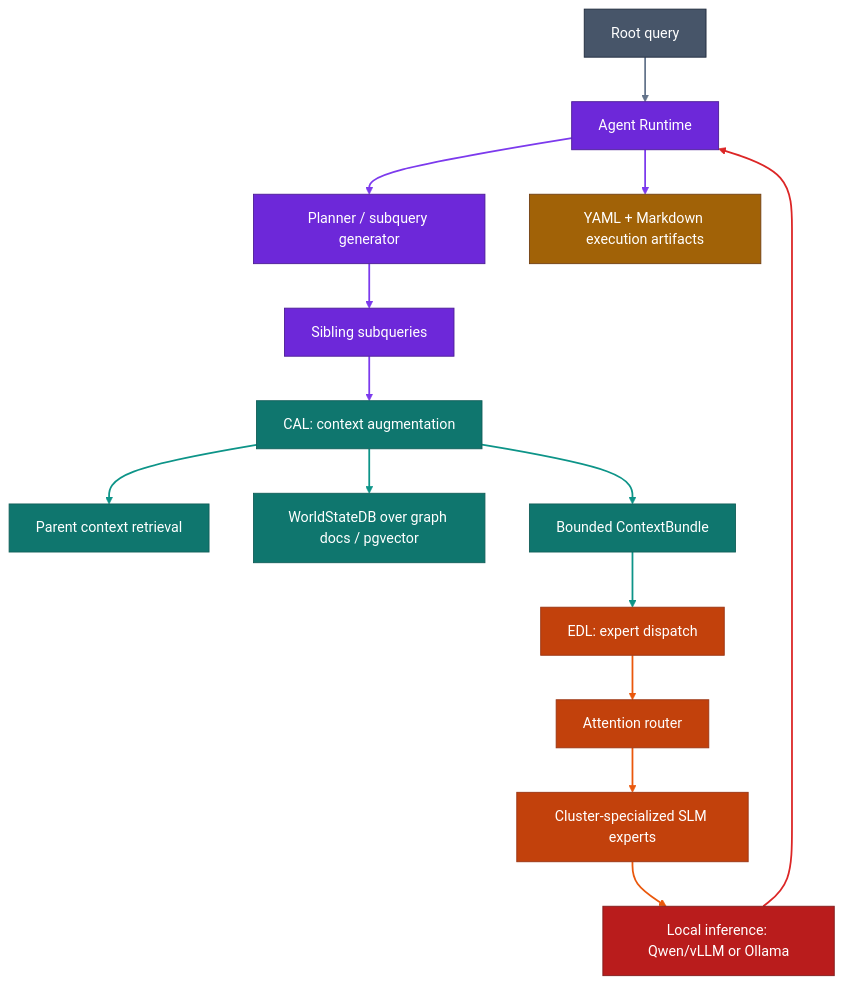
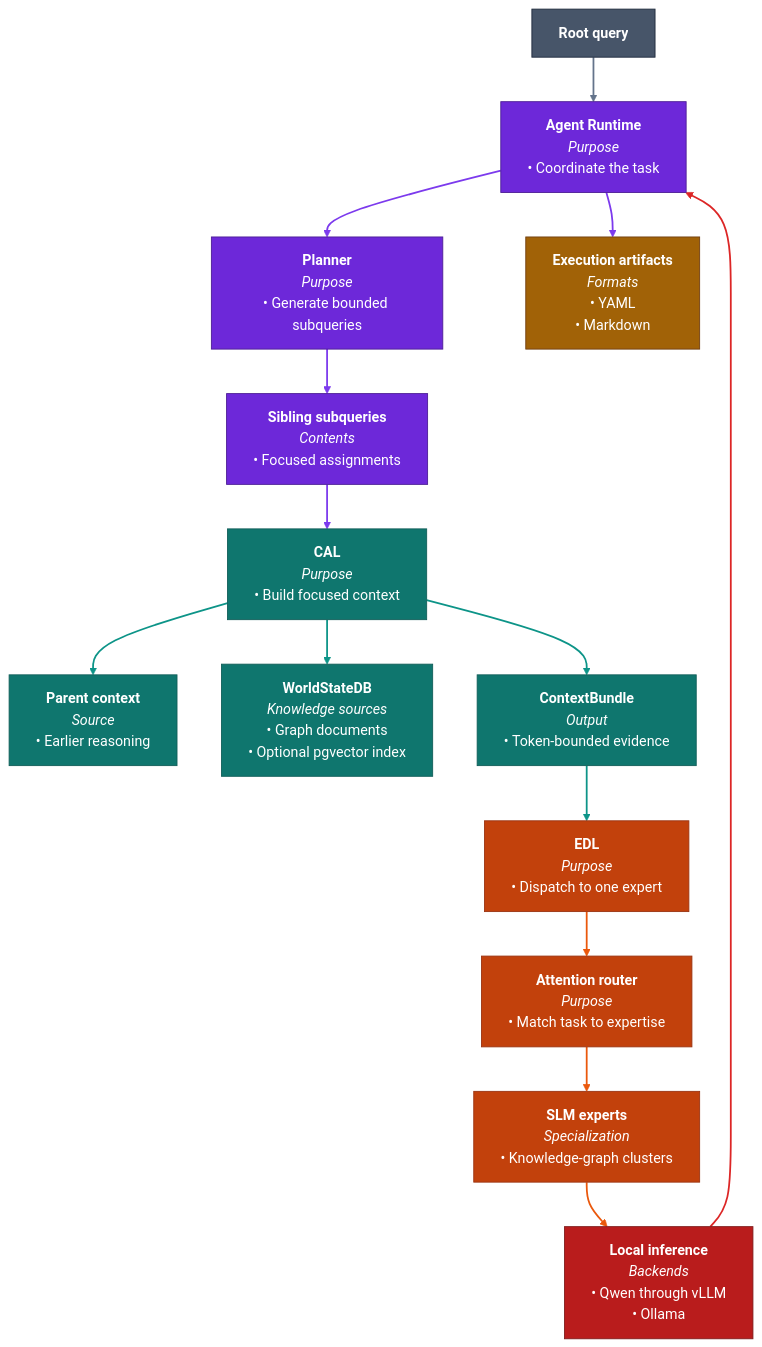
The first of 4 diagrams in README.md (ForestDweller014/Dullahan), drawn with Mermaid before and after one commit. The commit also changed other lines of this file, not shown here.

First line of the commit message:
docs: Clarify inference deployment

````diff
--- a/README.md
+++ b/README.md
@@ -270,36 +292,36 @@
 ```mermaid
 flowchart TD
-    User["Root query"] --> Runtime["Agent Runtime"]
-    Runtime --> Planner["Planner / subquery generator"]
-    Planner --> Subqueries["Sibling subqueries"]
-    Subqueries --> CAL["CAL: context augmentation"]
-    CAL --> ParentContext["Parent context retrieval"]
-    CAL --> WorldStateDB["WorldStateDB over graph docs / pgvector"]
-    CAL --> ContextBundle["Bounded ContextBundle"]
-    ContextBundle --> EDL["EDL: expert dispatch"]
-    EDL --> Router["Attention router"]
-    Router --> Experts["Cluster-specialized SLM experts"]
-    Experts --> Inference["Local inference: Qwen/vLLM or Ollama"]
+    User["<b>Root query</b>"] --> Runtime["<b>Agent Runtime</b><br/><i>Purpose</i><br/>• Coordinate the task"]
+    Runtime --> Planner["<b>Planner</b><br/><i>Purpose</i><br/>• Generate bounded subqueries"]
+    Planner --> Subqueries["<b>Sibling subqueries</b><br/><i>Contents</i><br/>• Focused assignments"]
+    Subqueries --> CAL["<b>CAL</b><br/><i>Purpose</i><br/>• Build focused context"]
+    CAL --> ParentContext["<b>Parent context</b><br/><i>Source</i><br/>• Earlier reasoning"]
+    CAL --> WorldStateDB["<b>WorldStateDB</b><br/><i>Knowledge sources</i><br/>• Graph documents<br/>• Optional pgvector index"]
+    CAL --> ContextBundle["<b>ContextBundle</b><br/><i>Output</i><br/>• Token-bounded evidence"]
+    ContextBundle --> EDL["<b>EDL</b><br/><i>Purpose</i><br/>• Dispatch to one expert"]
+    EDL --> Router["<b>Attention router</b><br/><i>Purpose</i><br/>• Match task to expertise"]
+    Router --> Experts["<b>SLM experts</b><br/><i>Specialization</i><br/>• Knowledge-graph clusters"]
+    Experts --> Inference["<b>Local inference</b><br/><i>Backends</i><br/>• Qwen through vLLM<br/>• Ollama"]
     Inference --> Runtime
-    Runtime --> Artifacts["YAML + Markdown execution artifacts"]
+    Runtime --> Artifacts["<b>Execution artifacts</b><br/><i>Formats</i><br/>• YAML<br/>• Markdown"]
 
     class User external
     class Runtime,Planner,Subqueries orchestration
     class CAL,ParentContext,WorldStateDB,ContextBundle contextLayer
     class EDL,Router,Experts dispatchLayer
     class Inference inferenceLayer
     class Artifacts memoryLayer
 
     classDef external fill:#475569,stroke:#1E293B,color:#FFFFFF
     classDef orchestration fill:#6D28D9,stroke:#4C1D95,color:#FFFFFF
     classDef contextLayer fill:#0F766E,stroke:#115E59,color:#FFFFFF
     classDef dispatchLayer fill:#C2410C,stroke:#9A3412,color:#FFFFFF
     classDef inferenceLayer fill:#B91C1C,stroke:#7F1D1D,color:#FFFFFF
     classDef memoryLayer fill:#A16207,stroke:#713F12,color:#FFFFFF
 
     linkStyle 0 stroke:#64748B,stroke-width:2px
     linkStyle 1,2,3,12 stroke:#7C3AED,stroke-width:2px
     linkStyle 4,5,6,7 stroke:#0D9488,stroke-width:2px
     linkStyle 8,9,10 stroke:#EA580C,stroke-width:2px
     linkStyle 11 stroke:#DC2626,stroke-width:2px
 ```
````
